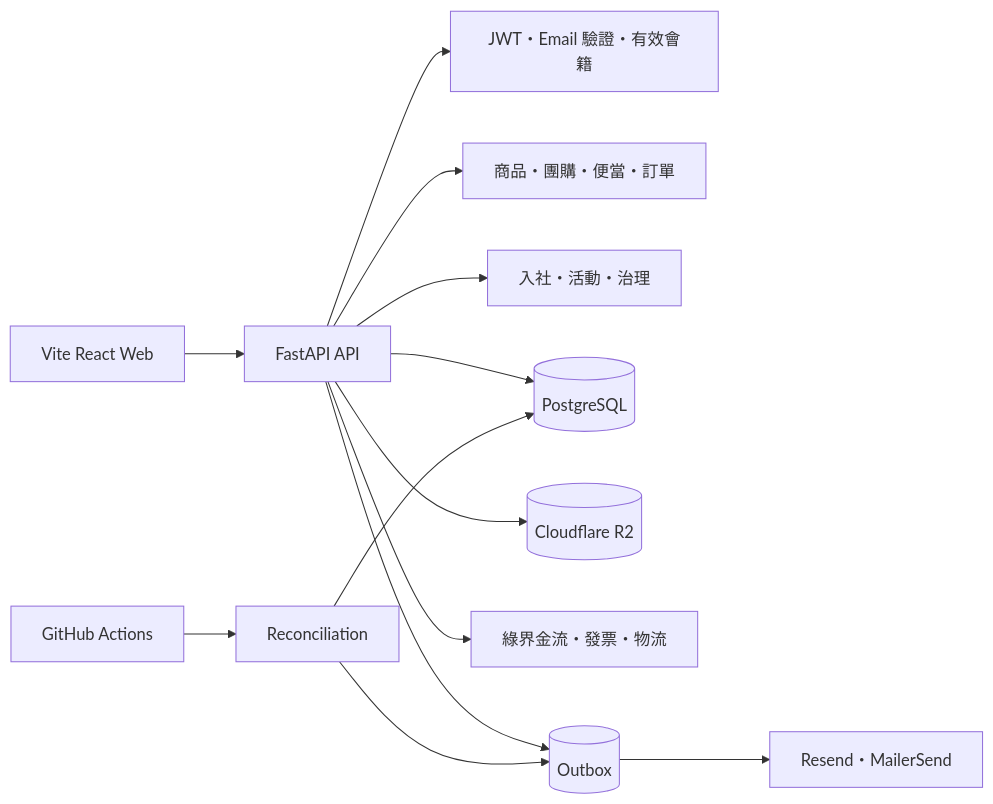
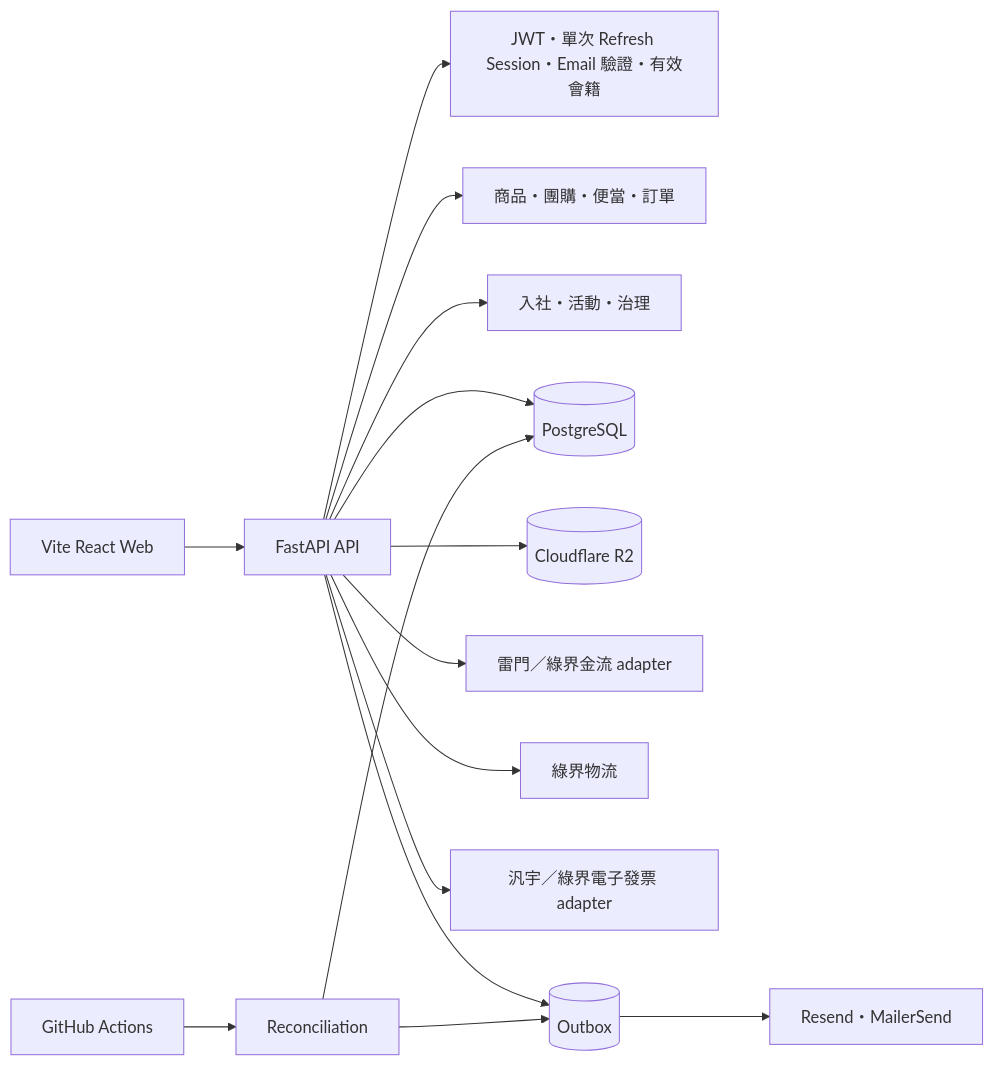
The diagram in docs/ARCHITECTURE.md (Wayne725/shilifangyuan-farm-app), drawn with Mermaid before and after one commit. The commit also changed other lines of this file and 89 other files, not shown here.

````diff
--- a/docs/ARCHITECTURE.md
+++ b/docs/ARCHITECTURE.md
@@ -5,15 +5,17 @@
 ```mermaid
 flowchart LR
     web["Vite React Web"] --> api["FastAPI API"]
-    api --> auth["JWT・Email 驗證・有效會籍"]
+    api --> auth["JWT・單次 Refresh Session・Email 驗證・有效會籍"]
     api --> commerce["商品・團購・便當・訂單"]
     api --> community["入社・活動・治理"]
     api --> db[("PostgreSQL")]
     api --> r2[("Cloudflare R2")]
-    api --> ecpay["綠界金流・發票・物流"]
+    api --> payment["雷門／綠界金流 adapter"]
+    api --> logistics["綠界物流"]
+    api --> invoice["汎宇／綠界電子發票 adapter"]
     api --> outbox[("Outbox")]
     outbox --> email["Resend・MailerSend"]
     cron["GitHub Actions"] --> jobs["Reconciliation"]
     jobs --> db
     jobs --> outbox
 ```
````
